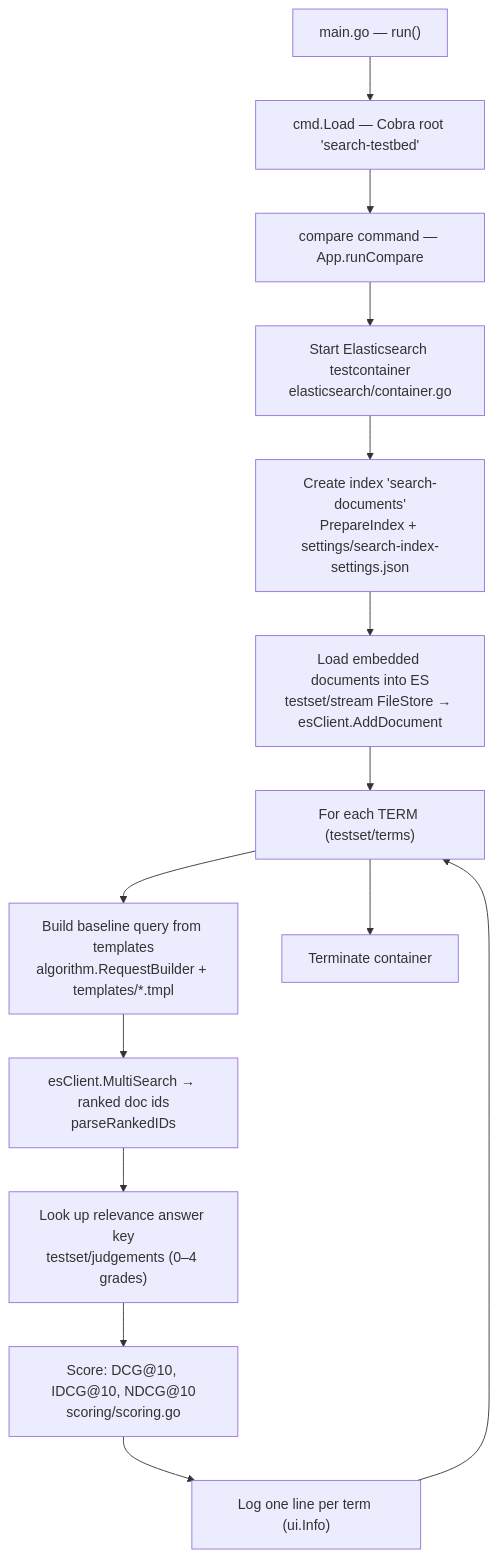
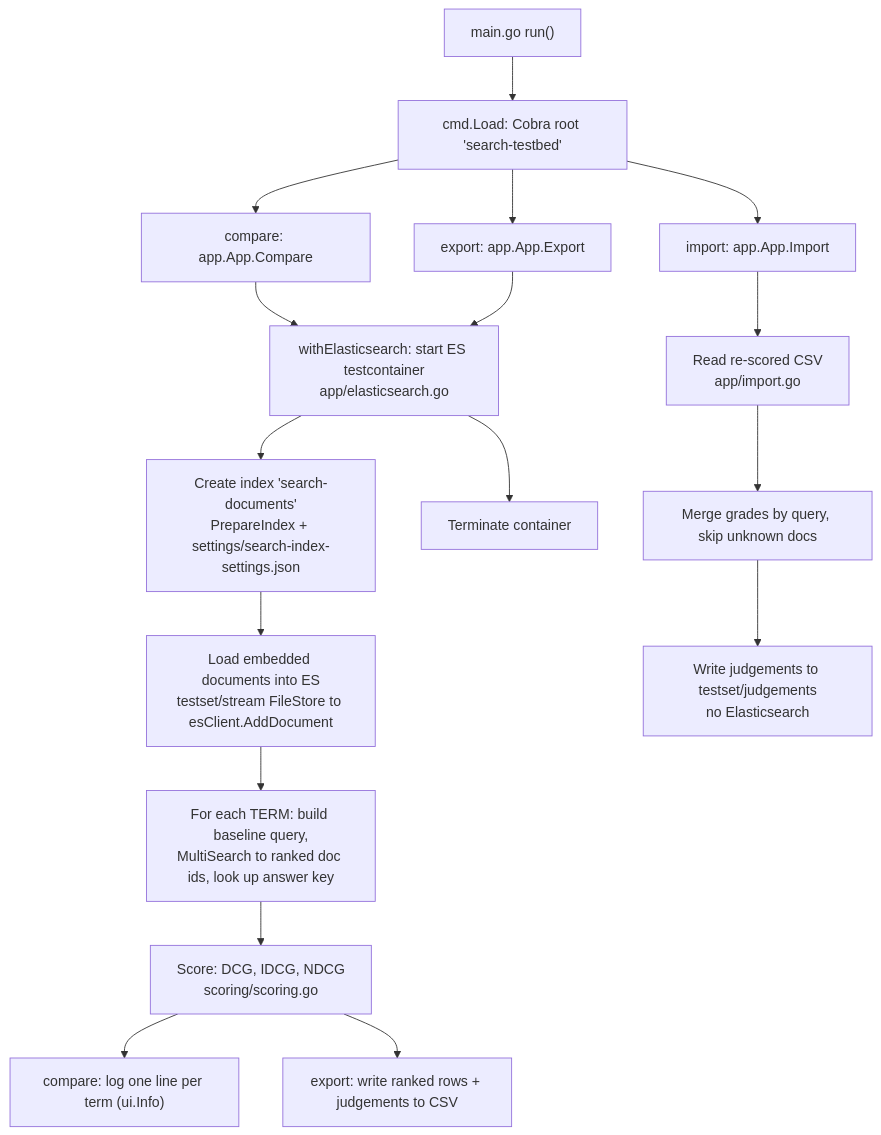
One commit to ONSdigital/dis-search-test-bed changed the diagram in ARCHITECTURE.md. Above: the diagram before and after it, drawn with Mermaid. The commit also changed other lines of this file and 18 other files, not shown here.

First line of the commit message:
feat(DIS-5038): restructure separation of all commands in parallel, added import command (#12)

````diff
--- a/ARCHITECTURE.md
+++ b/ARCHITECTURE.md
@@ -40,16 +46,21 @@
 ```mermaid
 flowchart TD
-    A["main.go — run()"] --> B["cmd.Load — Cobra root 'search-testbed'"]
-    B --> C["compare command — App.runCompare"]
-    C --> D["Start Elasticsearch testcontainer<br/>elasticsearch/container.go"]
+    A["main.go run()"] --> B["cmd.Load: Cobra root 'search-testbed'"]
+    B --> C1["compare: app.App.Compare"]
+    B --> C2["export: app.App.Export"]
+    B --> C3["import: app.App.Import"]
+
+    C1 --> D["withElasticsearch: start ES testcontainer<br/>app/elasticsearch.go"]
+    C2 --> D
     D --> E["Create index 'search-documents'<br/>PrepareIndex + settings/search-index-settings.json"]
-    E --> F["Load embedded documents into ES<br/>testset/stream FileStore → esClient.AddDocument"]
-    F --> G["For each TERM (testset/terms)"]
-    G --> H["Build baseline query from templates<br/>algorithm.RequestBuilder + templates/*.tmpl"]
-    H --> I["esClient.MultiSearch → ranked doc ids<br/>parseRankedIDs"]
-    I --> J["Look up relevance answer key<br/>testset/judgements (0–4 grades)"]
-    J --> K["Score: DCG@10, IDCG@10, NDCG@10<br/>scoring/scoring.go"]
-    K --> L["Log one line per term (ui.Info)"]
-    L --> G
-    G --> M["Terminate container"]
+    E --> F["Load embedded documents into ES<br/>testset/stream FileStore to esClient.AddDocument"]
+    F --> G["For each TERM: build baseline query,<br/>MultiSearch to ranked doc ids, look up answer key"]
+    G --> H["Score: DCG, IDCG, NDCG<br/>scoring/scoring.go"]
+    H --> L1["compare: log one line per term (ui.Info)"]
+    H --> L2["export: write ranked rows + judgements to CSV"]
+    D --> M["Terminate container"]
+
+    C3 --> N["Read re-scored CSV<br/>app/import.go"]
+    N --> O["Merge grades by query, skip unknown docs"]
+    O --> P["Write judgements to testset/judgements<br/>no Elasticsearch"]
 ```
````
